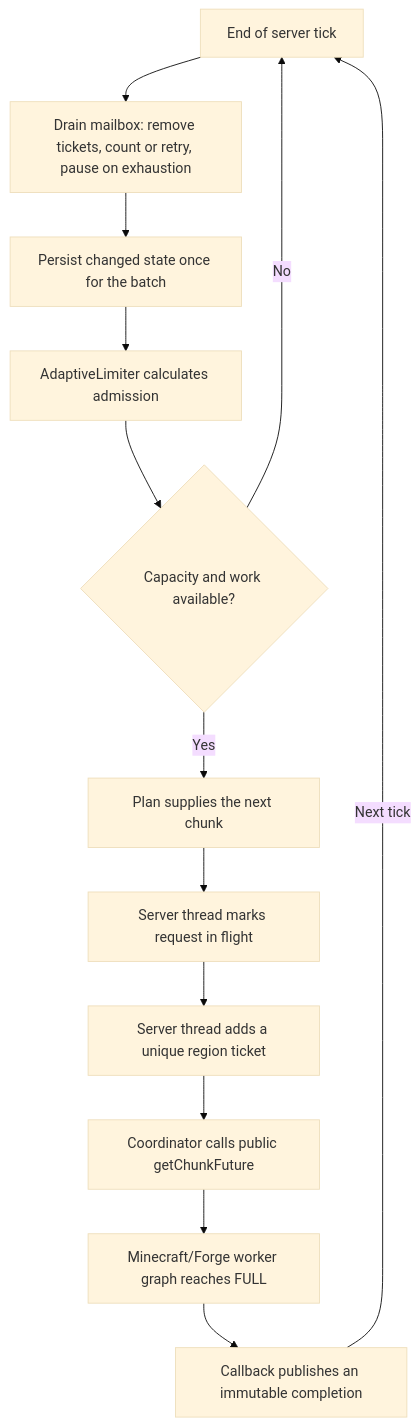
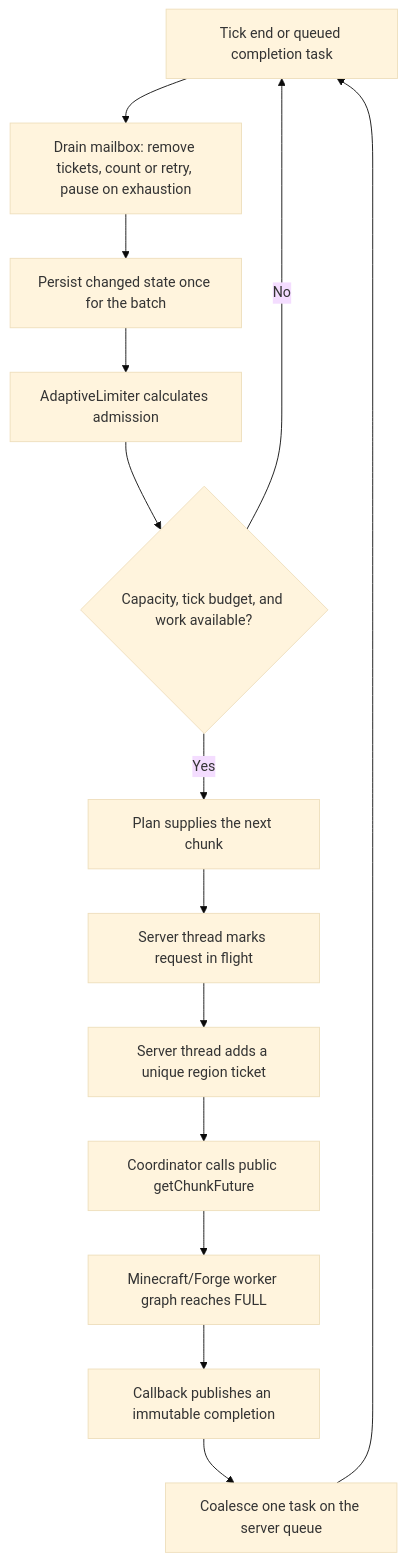
Before and after one commit to MimoAlexer/T2ME: the first of 2 diagrams in docs/ARCHITECTURE.md, drawn with Mermaid (base theme). The commit also changed other lines of this file and 8 other files, not shown here.

Commit message:
Refill completed generation slots through the server queue

````diff
--- a/docs/ARCHITECTURE.md
+++ b/docs/ARCHITECTURE.md
@@ -43,15 +44,16 @@
 ```mermaid
 flowchart TD
-    A["End of server tick"] --> O["Drain mailbox: remove tickets, count or retry, pause on exhaustion"]
+    A["Tick end or queued completion task"] --> O["Drain mailbox: remove tickets, count or retry, pause on exhaustion"]
     O --> P["Persist changed state once for the batch"]
     P --> B["AdaptiveLimiter calculates admission"]
-    B --> C{"Capacity and work available?"}
+    B --> C{"Capacity, tick budget, and work available?"}
     C -- "No" --> A
     C -- "Yes" --> D["Plan supplies the next chunk"]
     D --> E["Server thread marks request in flight"]
     E --> F["Server thread adds a unique region ticket"]
     F --> G["Coordinator calls public getChunkFuture"]
     G --> H["Minecraft/Forge worker graph reaches FULL"]
     H --> I["Callback publishes an immutable completion"]
-    I -- "Next tick" --> A
+    I --> J["Coalesce one task on the server queue"]
+    J --> A
 ```
````
